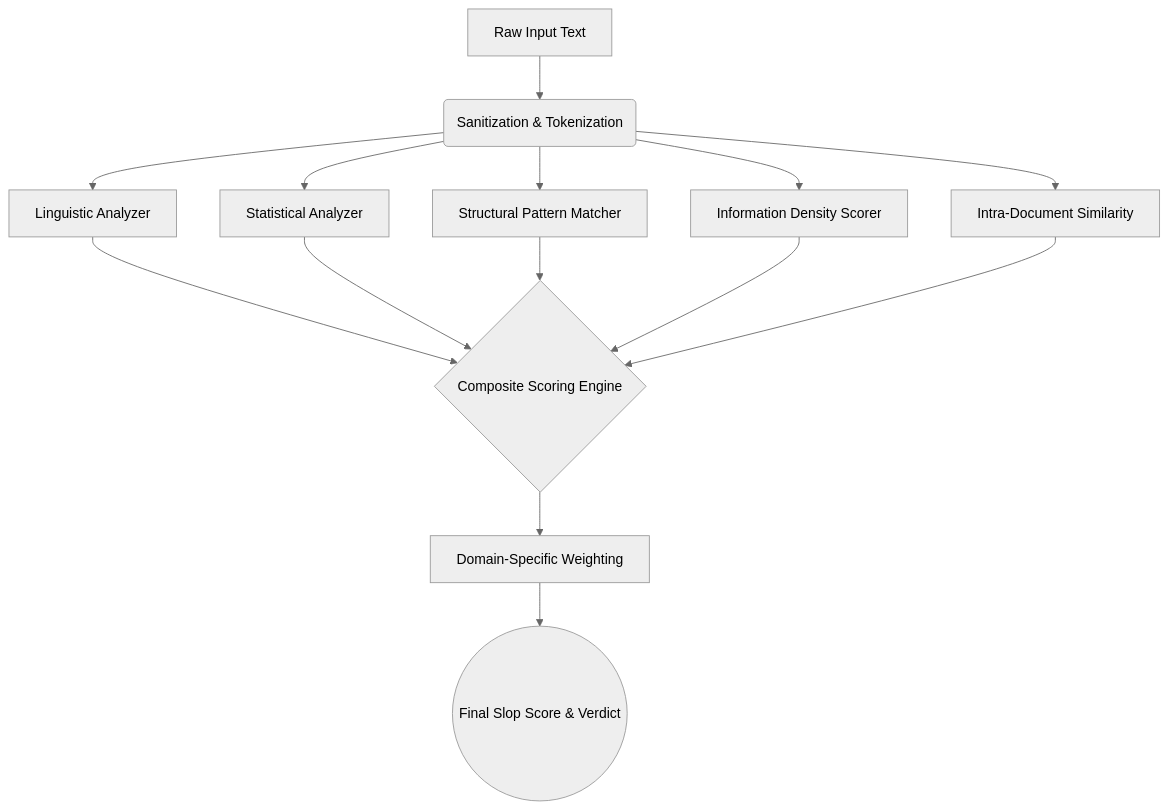
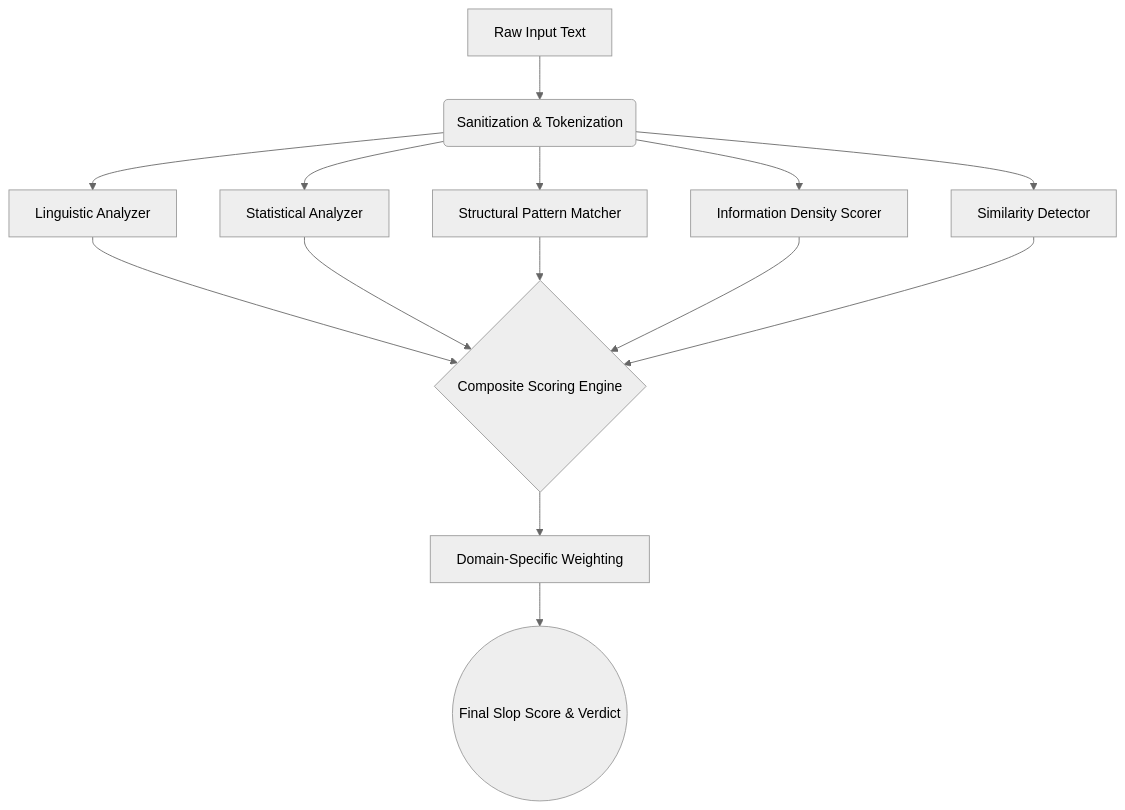
The diagram in README.md (Kushal-Varshney/SLOP-SCAN), drawn with Mermaid (neutral theme) before and after one commit. The commit also changed other lines of this file, not shown here.

````diff
--- a/README.md
+++ b/README.md
@@ -39,19 +48,19 @@
 ```mermaid
 graph TD
     A[Raw Input Text] --> B(Sanitization & Tokenization)
     
     B --> C1[Linguistic Analyzer]
     B --> C2[Statistical Analyzer]
     B --> C3[Structural Pattern Matcher]
     B --> C4[Information Density Scorer]
-    B --> C5[Intra-Document Similarity]
+    B --> C5[Similarity Detector]
     
     C1 --> D{Composite Scoring Engine}
     C2 --> D
     C3 --> D
     C4 --> D
     C5 --> D
     
     D --> E[Domain-Specific Weighting]
     E --> F((Final Slop Score & Verdict))
 ```
````
